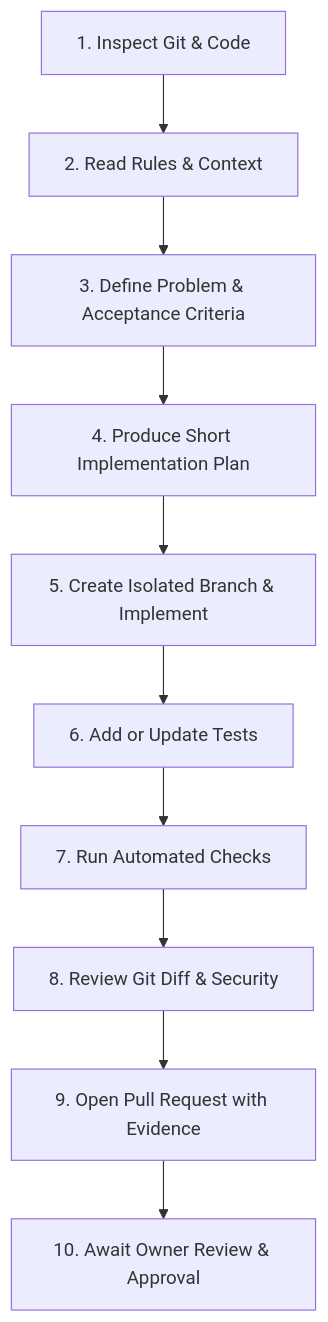
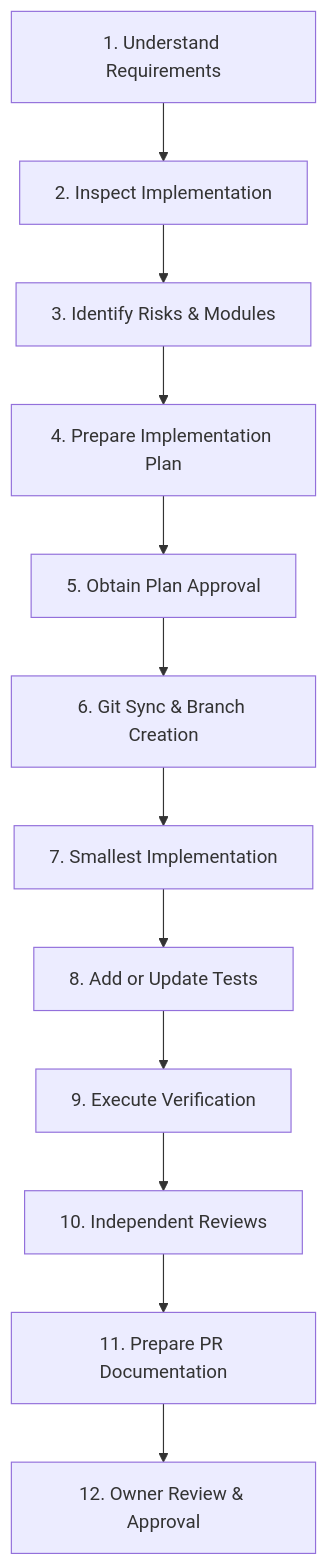
Before and after one commit to becodewala-youtube/PitchMint-mobile: the diagram in .agents/rules/workflow.md, drawn with Mermaid. The commit also changed other lines of this file and 9 other files, not shown here.

````diff
--- a/.agents/rules/workflow.md
+++ b/.agents/rules/workflow.md
@@ -9,12 +9,14 @@
 ```mermaid
 flowchart TD
-    S1[1. Inspect Git & Code] --> S2[2. Read Rules & Context]
-    S2 --> S3[3. Define Problem & Acceptance Criteria]
-    S3 --> S4[4. Produce Short Implementation Plan]
-    S4 --> S5[5. Create Isolated Branch & Implement]
-    S5 --> S6[6. Add or Update Tests]
-    S6 --> S7[7. Run Automated Checks]
-    S7 --> S8[8. Review Git Diff & Security]
-    S8 --> S9[9. Open Pull Request with Evidence]
-    S9 --> S10[10. Await Owner Review & Approval]
+    S1[1. Understand Requirements] --> S2[2. Inspect Implementation]
+    S2 --> S3[3. Identify Risks & Modules]
+    S3 --> S4[4. Prepare Implementation Plan]
+    S4 --> S5[5. Obtain Plan Approval]
+    S5 --> S6[6. Git Sync & Branch Creation]
+    S6 --> S7[7. Smallest Implementation]
+    S7 --> S8[8. Add or Update Tests]
+    S8 --> S9[9. Execute Verification]
+    S9 --> S10[10. Independent Reviews]
+    S10 --> S11[11. Prepare PR Documentation]
+    S11 --> S12[12. Owner Review & Approval]
 ```
````
